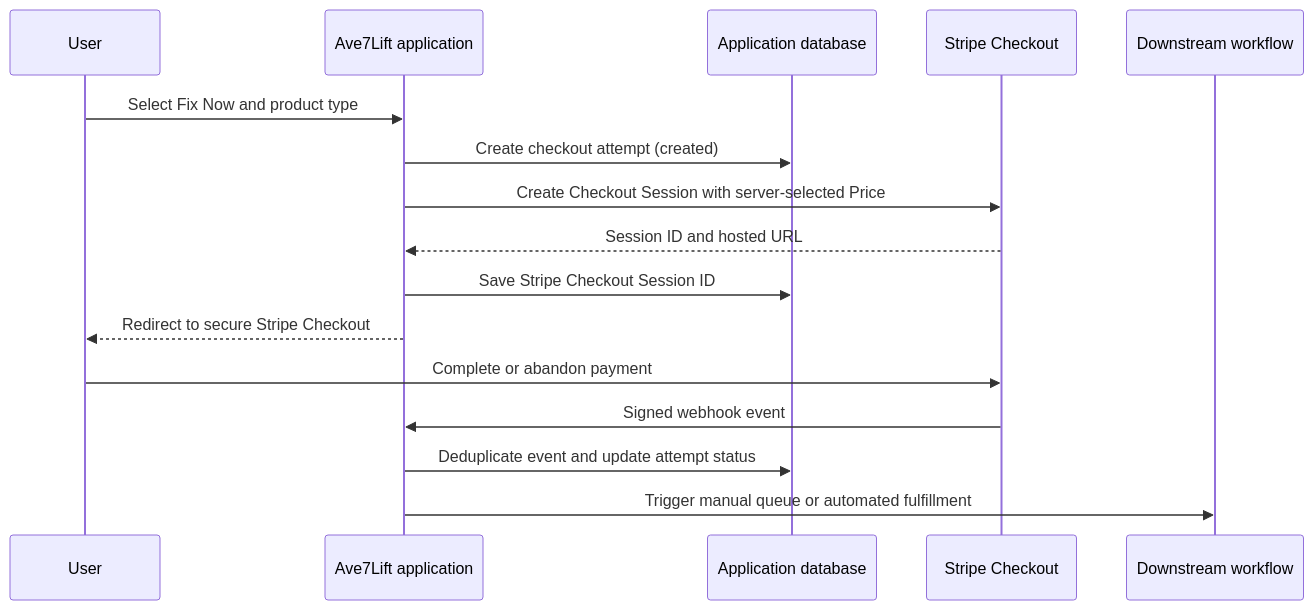
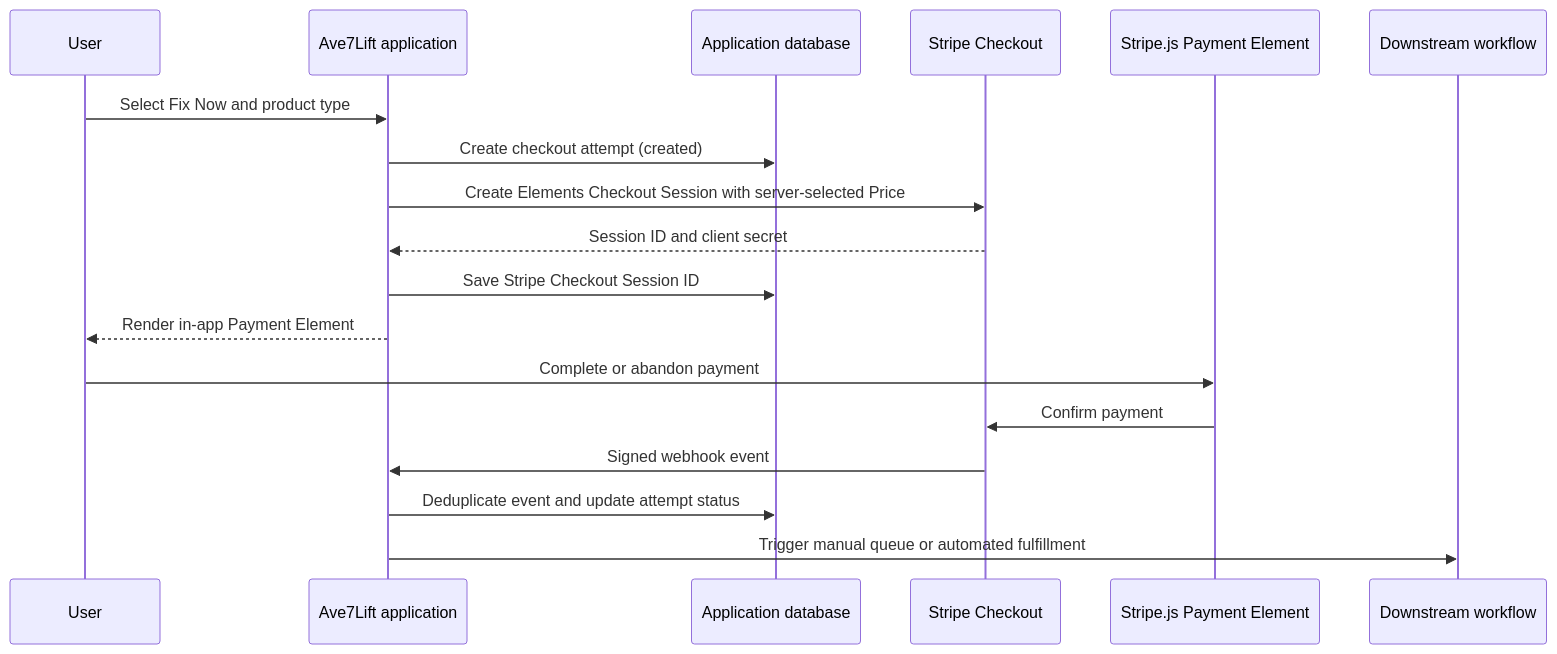
One commit to DarrellAve7/stripe-integration-poc changed the diagram in docs/fix-now-roadmap.md. Above: the diagram before and after it, drawn with Mermaid. The commit also changed other lines of this file and 9 other files, not shown here.

````diff
--- a/docs/fix-now-roadmap.md
+++ b/docs/fix-now-roadmap.md
@@ -24,19 +24,21 @@
 ```mermaid
 sequenceDiagram
     participant User
     participant App as Ave7Lift application
     participant DB as Application database
     participant Stripe as Stripe Checkout
+    participant JS as Stripe.js Payment Element
     participant Worker as Downstream workflow
 
     User->>App: Select Fix Now and product type
     App->>DB: Create checkout attempt (created)
-    App->>Stripe: Create Checkout Session with server-selected Price
-    Stripe-->>App: Session ID and hosted URL
+    App->>Stripe: Create Elements Checkout Session with server-selected Price
+    Stripe-->>App: Session ID and client secret
     App->>DB: Save Stripe Checkout Session ID
-    App-->>User: Redirect to secure Stripe Checkout
-    User->>Stripe: Complete or abandon payment
+    App-->>User: Render in-app Payment Element
+    User->>JS: Complete or abandon payment
+    JS->>Stripe: Confirm payment
     Stripe->>App: Signed webhook event
     App->>DB: Deduplicate event and update attempt status
     App->>Worker: Trigger manual queue or automated fulfillment
 ```
````
